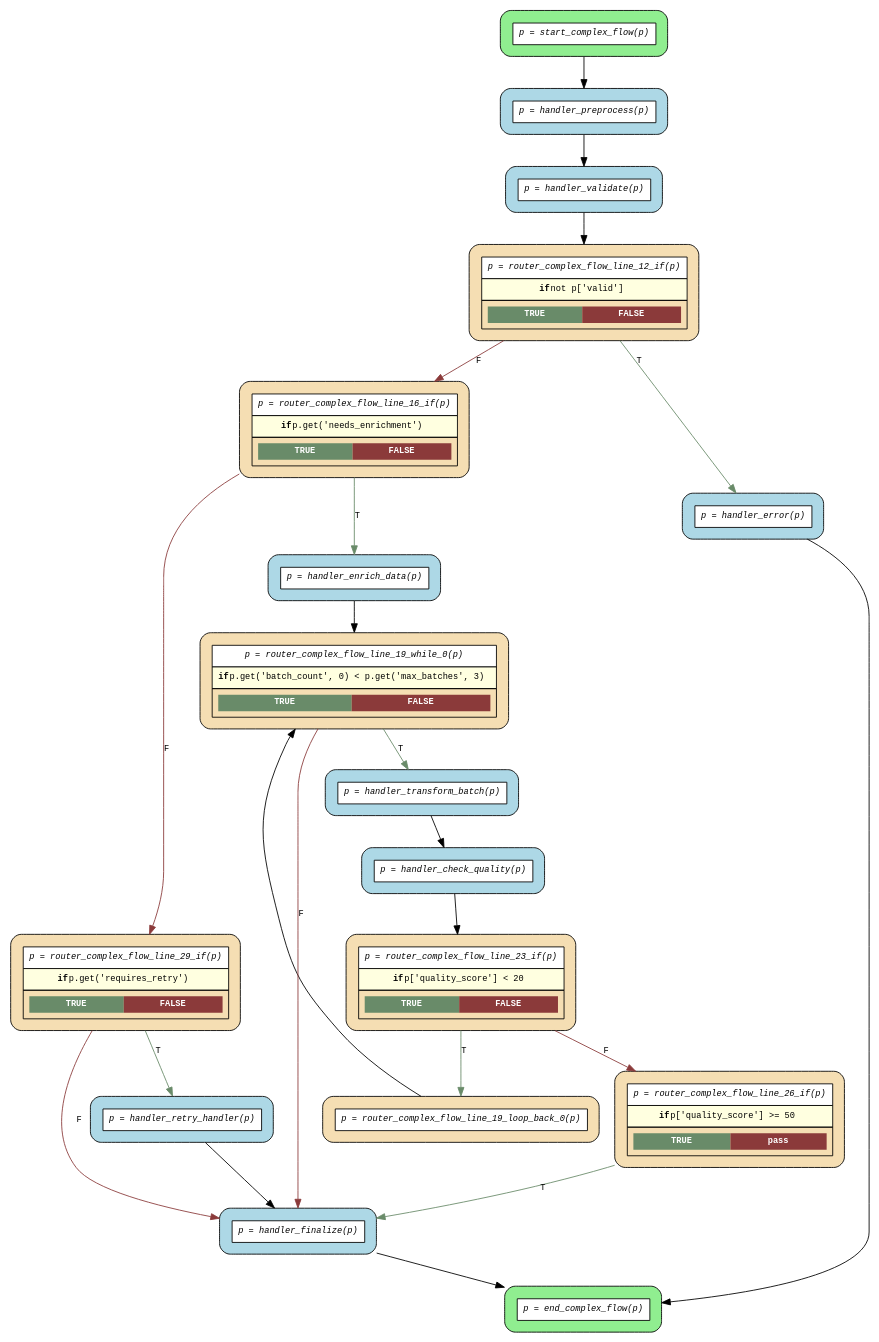
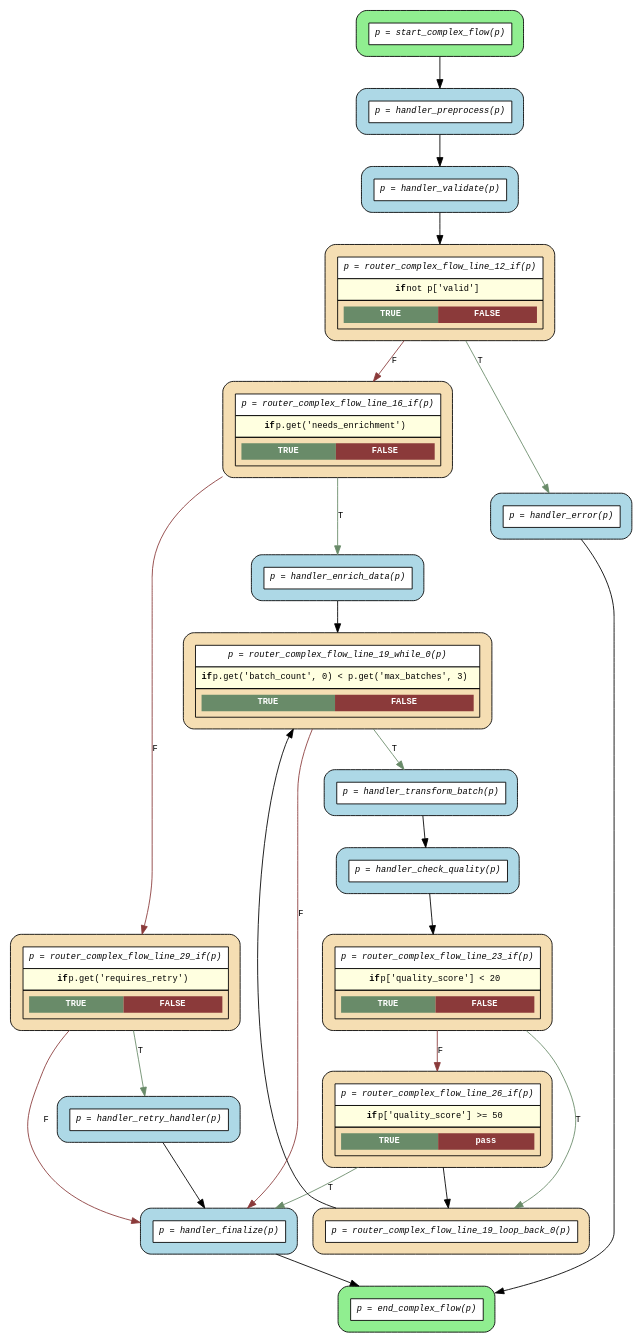
Before and after one commit to deliveryhero/asya: the diagram in examples/flows/compiled/complex_with_while/flow.dot, drawn with Graphviz. The commit also changed 29 other files, not shown here.

First line of the commit message:
fix(dotgen): connect while-loop body actors to loop_back router

```diff
--- a/examples/flows/compiled/complex_with_while/flow.dot
+++ b/examples/flows/compiled/complex_with_while/flow.dot
@@ -1,46 +1,47 @@
 digraph flow {
   rankdir=TB;
   graph [fontname="Courier", fontsize=10];
   node [fontname="Courier", fontsize=10, shape=box, style="filled,rounded", margin="0.2"];
   edge [fontname="Courier", fontsize=10];
 
   start_complex_flow [fillcolor="lightgreen", label=<<table border="0" cellspacing="0" cellpadding="6" cellborder="1"><tr><td bgcolor="white" align="center"><i>p = start_complex_flow(p)</i></td></tr></table>>];
   router_complex_flow_line_26_if [fillcolor="wheat", label=<<table border="0" cellspacing="0" cellpadding="6" cellborder="1"><tr><td bgcolor="white" align="center"><i>p = router_complex_flow_line_26_if(p)</i></td></tr><tr><td bgcolor="lightyellow"><b>if</b> p['quality_score'] &gt;= 50</td></tr><tr><td><table border="0" cellspacing="0" cellpadding="4"><tr><td bgcolor="darkseagreen4"><font color="white"><b>TRUE</b></font></td><td bgcolor="indianred4"><font color="white"><b>pass</b></font></td></tr></table></td></tr></table>>];
   router_complex_flow_line_23_if [fillcolor="wheat", label=<<table border="0" cellspacing="0" cellpadding="6" cellborder="1"><tr><td bgcolor="white" align="center"><i>p = router_complex_flow_line_23_if(p)</i></td></tr><tr><td bgcolor="lightyellow"><b>if</b> p['quality_score'] &lt; 20</td></tr><tr><td><table border="0" cellspacing="0" cellpadding="4"><tr><td bgcolor="darkseagreen4"><font color="white"><b>TRUE</b></font></td><td bgcolor="indianred4"><font color="white"><b>FALSE</b></font></td></tr></table></td></tr></table>>];
   router_complex_flow_line_19_loop_back_0 [fillcolor="wheat", label=<<table border="0" cellspacing="0" cellpadding="6" cellborder="1"><tr><td bgcolor="white" align="center"><i>p = router_complex_flow_line_19_loop_back_0(p)</i></td></tr></table>>];
   router_complex_flow_line_19_while_0 [fillcolor="wheat", label=<<table border="0" cellspacing="0" cellpadding="6" cellborder="1"><tr><td bgcolor="white" align="center"><i>p = router_complex_flow_line_19_while_0(p)</i></td></tr><tr><td bgcolor="lightyellow"><b>if</b> p.get('batch_count', 0) &lt; p.get('max_batches', 3)</td></tr><tr><td><table border="0" cellspacing="0" cellpadding="4"><tr><td bgcolor="darkseagreen4"><font color="white"><b>TRUE</b></font></td><td bgcolor="indianred4"><font color="white"><b>FALSE</b></font></td></tr></table></td></tr></table>>];
   router_complex_flow_line_29_if [fillcolor="wheat", label=<<table border="0" cellspacing="0" cellpadding="6" cellborder="1"><tr><td bgcolor="white" align="center"><i>p = router_complex_flow_line_29_if(p)</i></td></tr><tr><td bgcolor="lightyellow"><b>if</b> p.get('requires_retry')</td></tr><tr><td><table border="0" cellspacing="0" cellpadding="4"><tr><td bgcolor="darkseagreen4"><font color="white"><b>TRUE</b></font></td><td bgcolor="indianred4"><font color="white"><b>FALSE</b></font></td></tr></table></td></tr></table>>];
   router_complex_flow_line_16_if [fillcolor="wheat", label=<<table border="0" cellspacing="0" cellpadding="6" cellborder="1"><tr><td bgcolor="white" align="center"><i>p = router_complex_flow_line_16_if(p)</i></td></tr><tr><td bgcolor="lightyellow"><b>if</b> p.get('needs_enrichment')</td></tr><tr><td><table border="0" cellspacing="0" cellpadding="4"><tr><td bgcolor="darkseagreen4"><font color="white"><b>TRUE</b></font></td><td bgcolor="indianred4"><font color="white"><b>FALSE</b></font></td></tr></table></td></tr></table>>];
   router_complex_flow_line_12_if [fillcolor="wheat", label=<<table border="0" cellspacing="0" cellpadding="6" cellborder="1"><tr><td bgcolor="white" align="center"><i>p = router_complex_flow_line_12_if(p)</i></td></tr><tr><td bgcolor="lightyellow"><b>if</b> not p['valid']</td></tr><tr><td><table border="0" cellspacing="0" cellpadding="4"><tr><td bgcolor="darkseagreen4"><font color="white"><b>TRUE</b></font></td><td bgcolor="indianred4"><font color="white"><b>FALSE</b></font></td></tr></table></td></tr></table>>];
   end_complex_flow [fillcolor="lightgreen", label=<<table border="0" cellspacing="0" cellpadding="6" cellborder="1"><tr><td bgcolor="white" align="center"><i>p = end_complex_flow(p)</i></td></tr></table>>];
   handler_check_quality [fillcolor="lightblue", label=<<table border="0" cellspacing="0" cellpadding="6" cellborder="1"><tr><td bgcolor="white" align="center"><i>p = handler_check_quality(p)</i></td></tr></table>>];
   handler_enrich_data [fillcolor="lightblue", label=<<table border="0" cellspacing="0" cellpadding="6" cellborder="1"><tr><td bgcolor="white" align="center"><i>p = handler_enrich_data(p)</i></td></tr></table>>];
   handler_error [fillcolor="lightblue", label=<<table border="0" cellspacing="0" cellpadding="6" cellborder="1"><tr><td bgcolor="white" align="center"><i>p = handler_error(p)</i></td></tr></table>>];
   handler_finalize [fillcolor="lightblue", label=<<table border="0" cellspacing="0" cellpadding="6" cellborder="1"><tr><td bgcolor="white" align="center"><i>p = handler_finalize(p)</i></td></tr></table>>];
   handler_preprocess [fillcolor="lightblue", label=<<table border="0" cellspacing="0" cellpadding="6" cellborder="1"><tr><td bgcolor="white" align="center"><i>p = handler_preprocess(p)</i></td></tr></table>>];
   handler_retry_handler [fillcolor="lightblue", label=<<table border="0" cellspacing="0" cellpadding="6" cellborder="1"><tr><td bgcolor="white" align="center"><i>p = handler_retry_handler(p)</i></td></tr></table>>];
   handler_transform_batch [fillcolor="lightblue", label=<<table border="0" cellspacing="0" cellpadding="6" cellborder="1"><tr><td bgcolor="white" align="center"><i>p = handler_transform_batch(p)</i></td></tr></table>>];
   handler_validate [fillcolor="lightblue", label=<<table border="0" cellspacing="0" cellpadding="6" cellborder="1"><tr><td bgcolor="white" align="center"><i>p = handler_validate(p)</i></td></tr></table>>];
 
   handler_check_quality -> router_complex_flow_line_23_if;
   handler_enrich_data -> router_complex_flow_line_19_while_0;
   handler_error -> end_complex_flow;
   handler_finalize -> end_complex_flow;
   handler_preprocess -> handler_validate;
   handler_retry_handler -> handler_finalize;
   handler_transform_batch -> handler_check_quality;
   handler_validate -> router_complex_flow_line_12_if;
   router_complex_flow_line_12_if -> handler_error [label="T", color=darkseagreen4];
   router_complex_flow_line_12_if -> router_complex_flow_line_16_if [label="F", color=indianred4];
   router_complex_flow_line_16_if -> handler_enrich_data [label="T", color=darkseagreen4];
   router_complex_flow_line_16_if -> router_complex_flow_line_29_if [label="F", color=indianred4];
   router_complex_flow_line_19_loop_back_0 -> router_complex_flow_line_19_while_0 [constraint=false];
   router_complex_flow_line_19_while_0 -> handler_finalize [label="F", color=indianred4];
   router_complex_flow_line_19_while_0 -> handler_transform_batch [label="T", color=darkseagreen4];
   router_complex_flow_line_23_if -> router_complex_flow_line_19_loop_back_0 [label="T", color=darkseagreen4];
   router_complex_flow_line_23_if -> router_complex_flow_line_26_if [label="F", color=indianred4];
   router_complex_flow_line_26_if -> handler_finalize [label="T", color=darkseagreen4];
+  router_complex_flow_line_26_if -> router_complex_flow_line_19_loop_back_0;
   router_complex_flow_line_29_if -> handler_finalize [label="F", color=indianred4];
   router_complex_flow_line_29_if -> handler_retry_handler [label="T", color=darkseagreen4];
   start_complex_flow -> handler_preprocess;
 }
```
